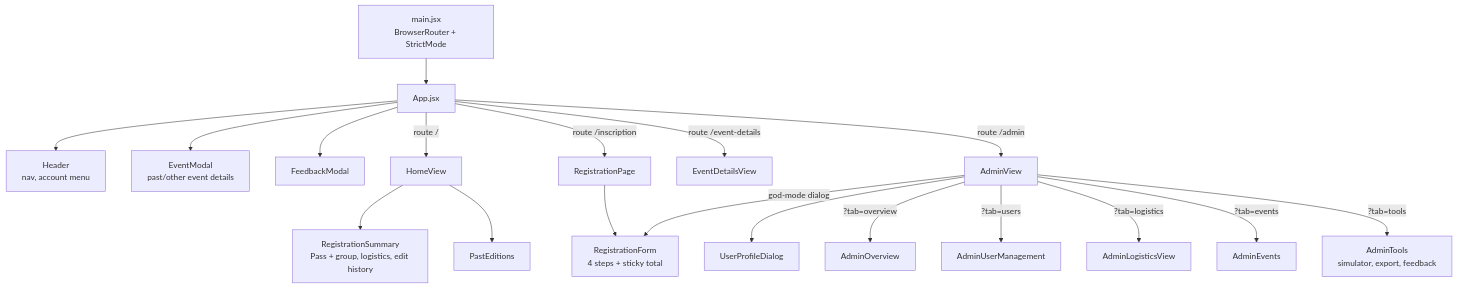
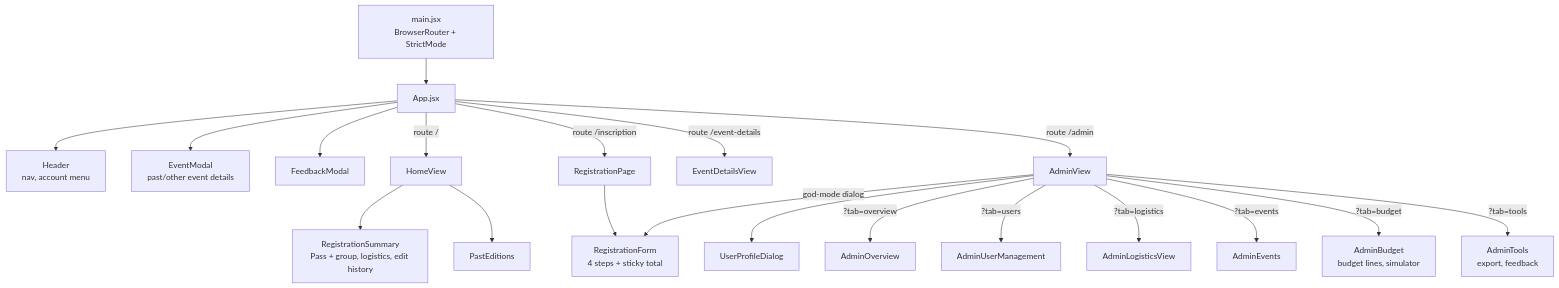
The first of 2 diagrams in docs/05-frontend-guide.md (YULmix/yulmix-la-bedaine), drawn with Mermaid before and after one commit. The commit also changed 24 other files, not shown here.

First line of the commit message:
feat(admin): per-event main-event ratio, admin-only budget, Budget tab with break-even simulator (#109) (#110)

````diff
--- a/docs/05-frontend-guide.md
+++ b/docs/05-frontend-guide.md
@@ -25,22 +25,23 @@
 ```mermaid
 flowchart TD
   MAIN["main.jsx<br/>BrowserRouter + StrictMode"] --> APP["App.jsx"]
   APP --> HEADER["Header<br/>nav, account menu"]
   APP --> MODAL["EventModal<br/>past/other event details"]
   APP --> FEEDBACK["FeedbackModal"]
   APP -->|route /| HOME["HomeView"]
   APP -->|route /inscription| REGPAGE["RegistrationPage"]
   APP -->|route /event-details| DETAILS["EventDetailsView"]
   APP -->|route /admin| ADMIN["AdminView"]
 
   HOME --> SUMMARY["RegistrationSummary<br/>Pass + group, logistics, edit history"]
   HOME --> PAST["PastEditions"]
   REGPAGE --> FORM["RegistrationForm<br/>4 steps + sticky total"]
   ADMIN -->|"god-mode dialog"| FORM
   ADMIN --> PROFILE["UserProfileDialog"]
   ADMIN -->|"?tab=overview"| OVERVIEW["AdminOverview"]
   ADMIN -->|"?tab=users"| USERS["AdminUserManagement"]
   ADMIN -->|"?tab=logistics"| LOGISTICS["AdminLogisticsView"]
   ADMIN -->|"?tab=events"| EVENTS["AdminEvents"]
-  ADMIN -->|"?tab=tools"| TOOLS["AdminTools<br/>simulator, export, feedback"]
+  ADMIN -->|"?tab=budget"| BUDGET["AdminBudget<br/>budget lines, simulator"]
+  ADMIN -->|"?tab=tools"| TOOLS["AdminTools<br/>export, feedback"]
 ```
````
